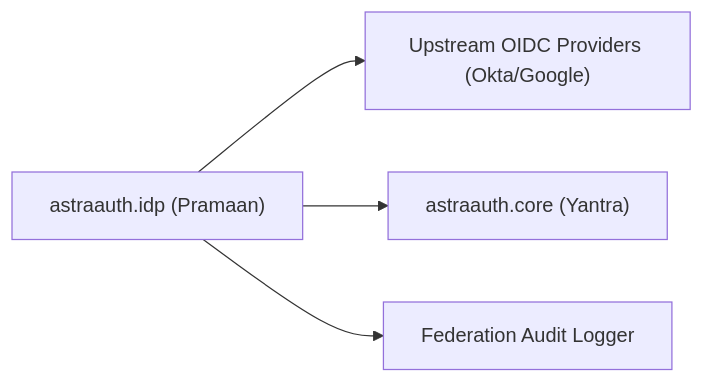
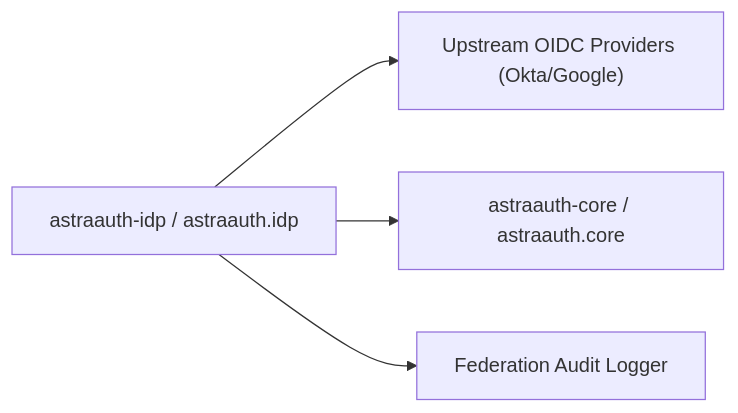
One commit to groverankur/Astra changed the ninth of 17 diagrams in docs/about/package_detailed_references.md. Above: the diagram before and after it, drawn with Mermaid. The commit also changed other lines of this file and 59 other files, not shown here.

````diff
--- a/docs/about/package_detailed_references.md
+++ b/docs/about/package_detailed_references.md
@@ -207,11 +207,11 @@
 ```mermaid
 graph LR
-    IdP["astraauth.idp (Pramaan)"]
+    IdP["astraauth-idp / astraauth.idp"]
     ExtOIDC["Upstream OIDC Providers (Okta/Google)"]
-    Core["astraauth.core (Yantra)"]
+    Core["astraauth-core / astraauth.core"]
     Audit["Federation Audit Logger"]
 
     IdP --> ExtOIDC
     IdP --> Core
     IdP --> Audit
 ```
````
